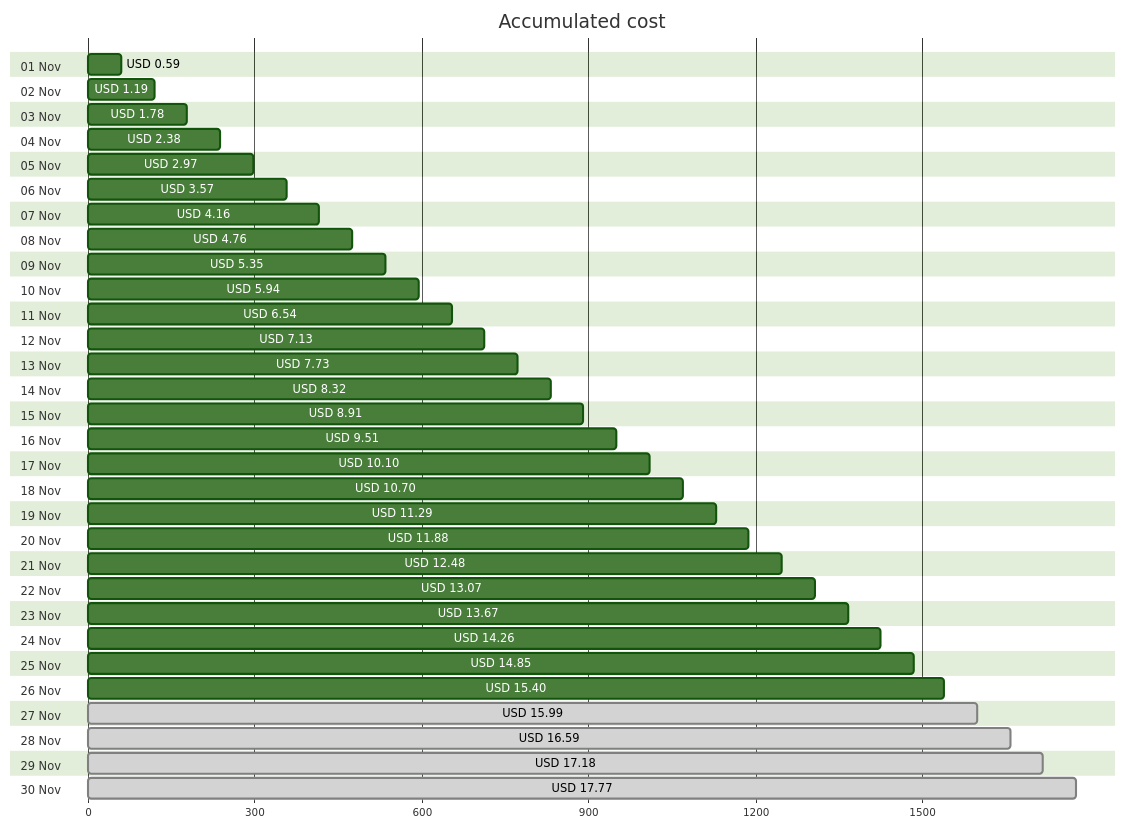
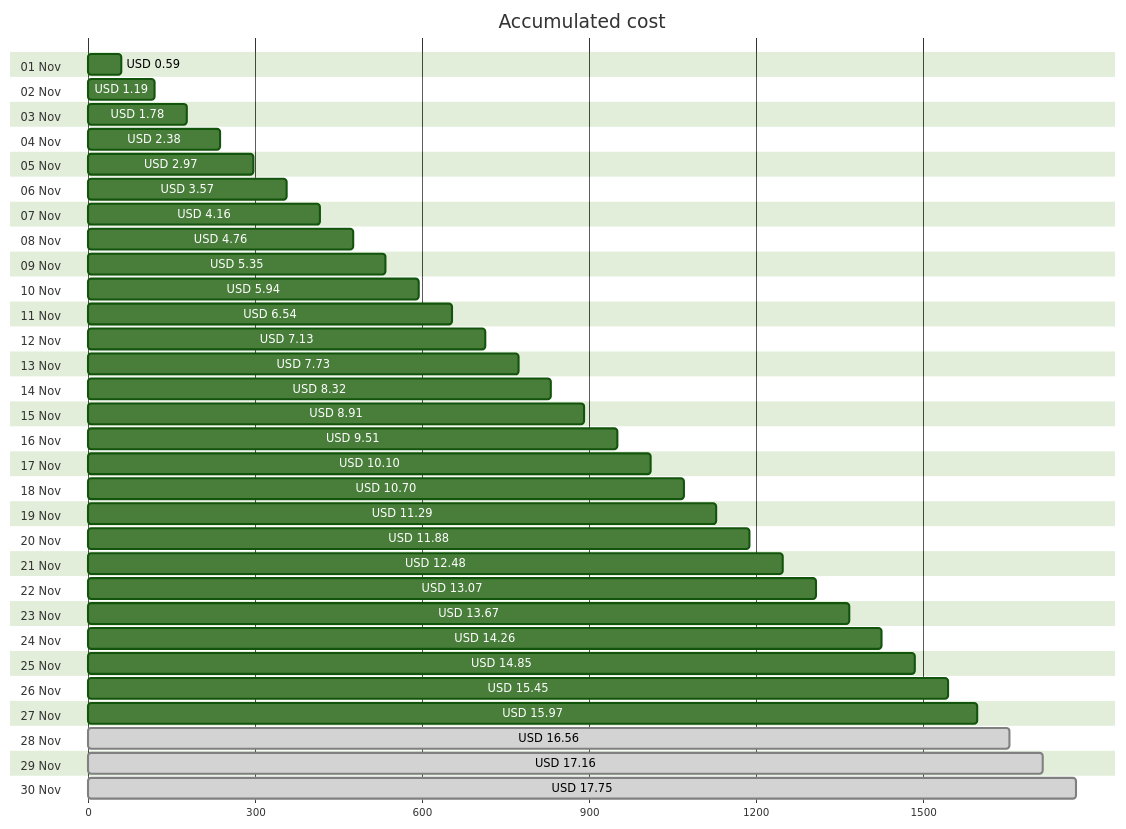
Before and after one commit to jpfulton/azure-personal-reports: the first of 4 diagrams in cost-reports/personal-site/README.md, drawn with Mermaid (forest theme). The commit also changed other lines of this file and 6 other files, not shown here.

````diff
--- a/cost-reports/personal-site/README.md
+++ b/cost-reports/personal-site/README.md
@@ -20,66 +20,66 @@
 ```mermaid
 gantt
    title Accumulated cost
    dateFormat  X
    axisFormat %s
    section 01 Nov
    USD 0.59 :0, 59
    section 02 Nov
    USD 1.19 :0, 119
    section 03 Nov
    USD 1.78 :0, 178
    section 04 Nov
    USD 2.38 :0, 238
    section 05 Nov
    USD 2.97 :0, 297
    section 06 Nov
    USD 3.57 :0, 357
    section 07 Nov
    USD 4.16 :0, 416
    section 08 Nov
    USD 4.76 :0, 476
    section 09 Nov
    USD 5.35 :0, 535
    section 10 Nov
    USD 5.94 :0, 594
    section 11 Nov
    USD 6.54 :0, 654
    section 12 Nov
    USD 7.13 :0, 713
    section 13 Nov
    USD 7.73 :0, 773
    section 14 Nov
    USD 8.32 :0, 832
    section 15 Nov
    USD 8.91 :0, 891
    section 16 Nov
    USD 9.51 :0, 951
    section 17 Nov
    USD 10.10 :0, 1010
    section 18 Nov
    USD 10.70 :0, 1070
    section 19 Nov
    USD 11.29 :0, 1129
    section 20 Nov
    USD 11.88 :0, 1188
    section 21 Nov
    USD 12.48 :0, 1248
    section 22 Nov
    USD 13.07 :0, 1307
    section 23 Nov
    USD 13.67 :0, 1367
    section 24 Nov
    USD 14.26 :0, 1426
    section 25 Nov
    USD 14.85 :0, 1485
    section 26 Nov
-   USD 15.40 :0, 1540
+   USD 15.45 :0, 1545
    section 27 Nov
-   USD 15.99 : done, 0, 1599
+   USD 15.97 :0, 1597
    section 28 Nov
-   USD 16.59 : done, 0, 1659
+   USD 16.56 : done, 0, 1656
    section 29 Nov
-   USD 17.18 : done, 0, 1718
+   USD 17.16 : done, 0, 1716
    section 30 Nov
-   USD 17.77 : done, 0, 1777
+   USD 17.75 : done, 0, 1775
 ```
````
